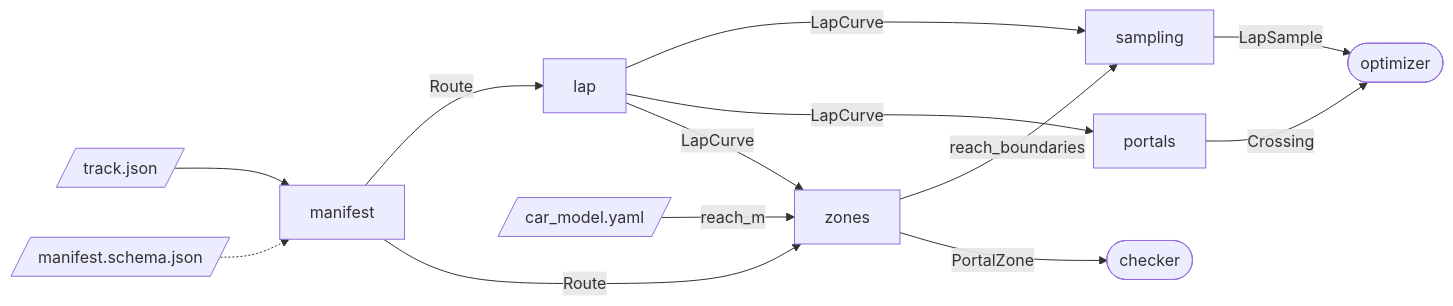
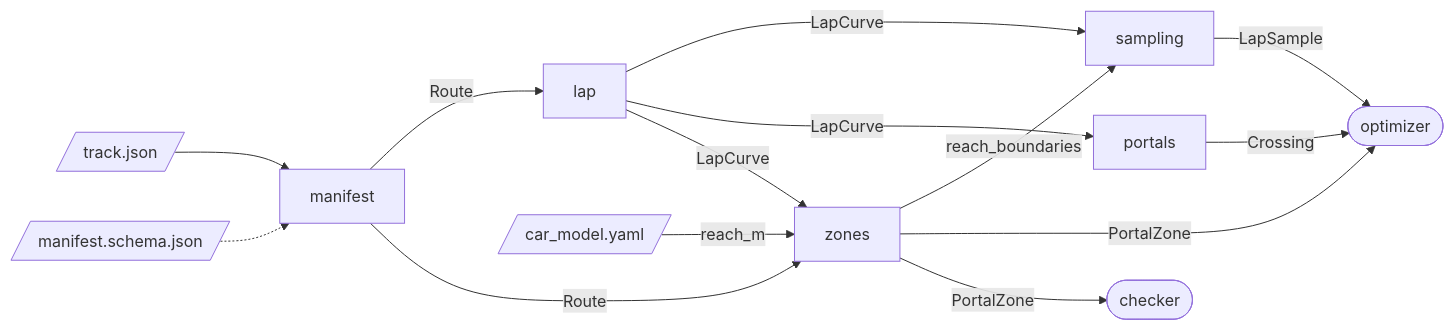
One commit to Felix-Grote/race_stack changed the diagram in planner/global_planner/global_planner/route/README.md. Above: the diagram before and after it, drawn with Mermaid. The commit also changed 6 other files, not shown here.

````diff
--- a/planner/global_planner/global_planner/route/README.md
+++ b/planner/global_planner/global_planner/route/README.md
@@ -27,15 +27,16 @@
 ```mermaid
 flowchart LR
     json[/track.json/] --> manifest
     schema[/manifest.schema.json/] -.-> manifest
     manifest -->|Route| lap
     lap -->|LapCurve| sampling
     lap -->|LapCurve| portals
     sampling -->|LapSample| optimizer([optimizer])
     portals -->|Crossing| optimizer
     car[/car_model.yaml/] -->|reach_m| zones
     manifest -->|Route| zones
     lap -->|LapCurve| zones
     zones -->|reach_boundaries| sampling
+    zones -->|PortalZone| optimizer
     zones -->|PortalZone| checker([checker])
 ```
````
